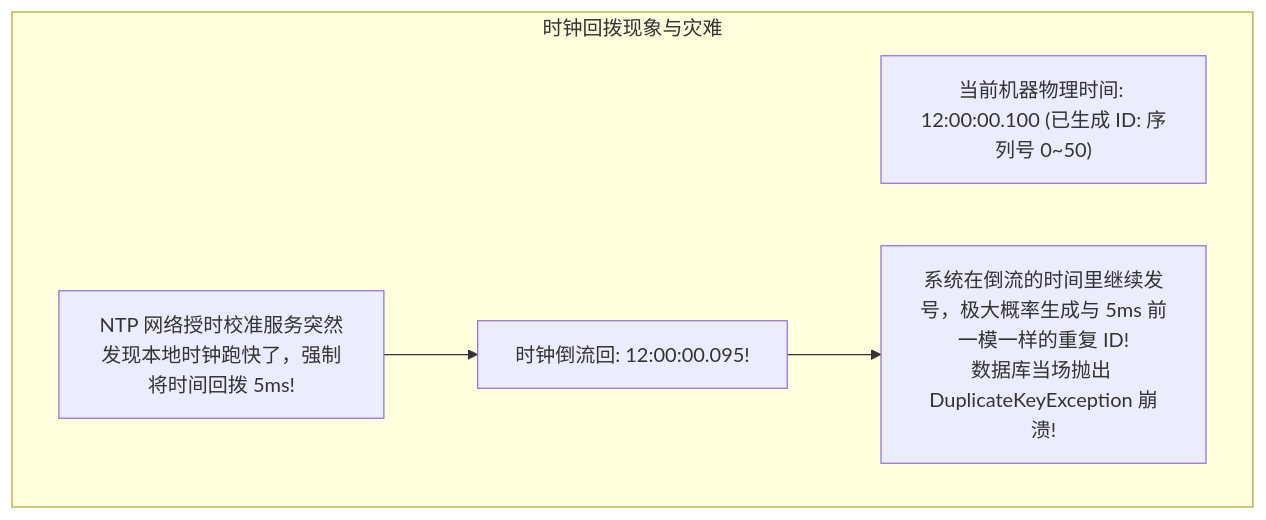
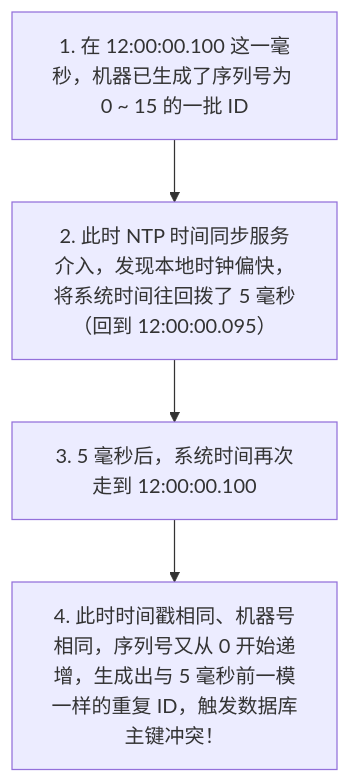
Before and after one commit to GuoWWWX/knowledge-base: the second of 2 diagrams in 20-Java后端/07-分布式与微服务/05-分布式ID.md, drawn with Mermaid. The commit also changed other lines of this file and 251 other files, not shown here.

````diff
--- a/20-Java后端/07-分布式与微服务/05-分布式ID.md
+++ b/20-Java后端/07-分布式与微服务/05-分布式ID.md
@@ -96,10 +126,6 @@
 ```mermaid
 flowchart TD
-    subgraph 时钟回拨灾难["时钟回拨现象与灾难"]
-        T1["当前机器物理时间: 12:00:00.100 (已生成 ID: 序列号 0~50)"]
-        NTP["NTP 网络授时校准服务突然发现本地时钟跑快了，强制将时间回拨 5ms!"]
-        T2["时钟倒流回: 12:00:00.095!"]
-        NTP --> T2
-        T2 --> Bad["系统在倒流的时间里继续发号，极大概率生成与 5ms 前一模一样的重复 ID!\n数据库当场抛出 DuplicateKeyException 崩溃!"]
-    end
+    T1["1. 在 12:00:00.100 这一毫秒，机器已生成了序列号为 0 ~ 15 的一批 ID"] --> NTP["2. 此时 NTP 时间同步服务介入，发现本地时钟偏快，将系统时间往回拨了 5 毫秒（回到 12:00:00.095）"]
+    NTP --> T2["3. 5 毫秒后，系统时间再次走到 12:00:00.100"]
+    T2 --> Conflict["4. 此时时间戳相同、机器号相同，序列号又从 0 开始递增，生成出与 5 毫秒前一模一样的重复 ID，触发数据库主键冲突！"]
 ```
````
